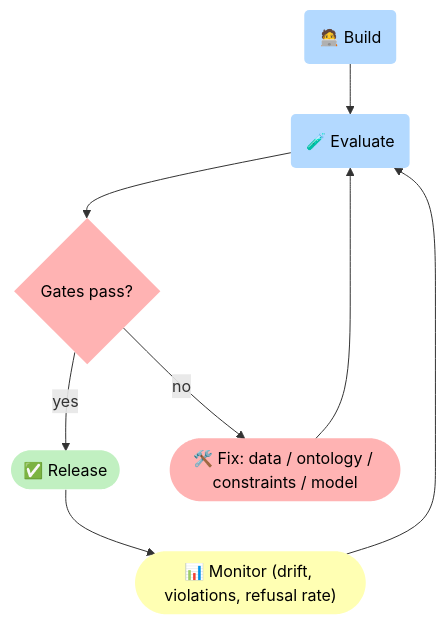
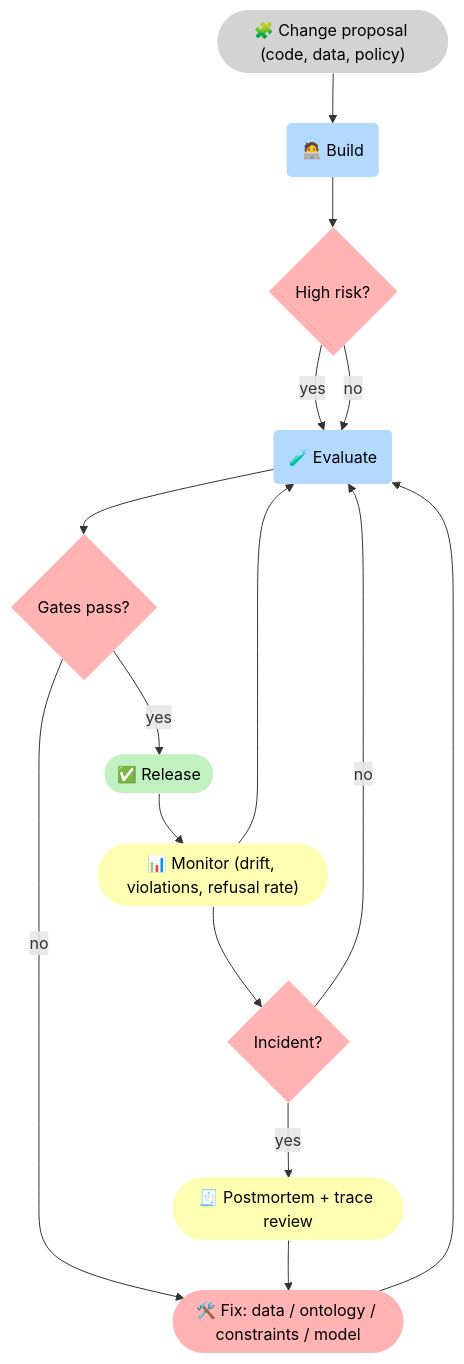
Before and after one commit to 5Reasons/5reasons.github.io: the second of 2 diagrams in docs/services/implementation.md, drawn with Mermaid. The commit also changed other lines of this file and 11 other files, not shown here.

````diff
--- a/docs/services/implementation.md
+++ b/docs/services/implementation.md
@@ -99,24 +120,37 @@
 ```mermaid
 flowchart TB
 %% Styles (brModel Standard)
 classDef i fill:#D3D3D3,stroke-width:0px,color:#000;
 classDef p fill:#B3D9FF,stroke-width:0px,color:#000;
 classDef r fill:#FFFFB3,stroke-width:0px,color:#000;
 classDef o fill:#C1F0C1,stroke-width:0px,color:#000;
 classDef s fill:#FFB3B3,stroke-width:0px,color:#000;
 
 P_Build("🧑‍💻 Build"):::p
+I_Change(["🧩 Change proposal (code, data, policy)"]):::i
+G_Risk{"High risk?"}:::s
 P_Eval("🧪 Evaluate"):::p
 G_Gate{"Gates pass?"}:::s
 O_Rel(["✅ Release"]):::o
 R_Mon(["📊 Monitor (drift, violations, refusal rate)"]):::r
 S_Fix(["🛠️ Fix: data / ontology / constraints / model"]):::s
 
-P_Build --> P_Eval --> G_Gate
+G_Inc{"Incident?"}:::s
+R_PM(["🧾 Postmortem + trace review"]):::r
+
+I_Change --> P_Build --> G_Risk
+G_Risk -->|"yes"| P_Eval
+G_Risk -->|"no"| P_Eval
+
+P_Eval --> G_Gate
 G_Gate -->|"yes"| O_Rel --> R_Mon --> P_Eval
 G_Gate -->|"no"| S_Fix --> P_Eval
+
+R_Mon --> G_Inc
+G_Inc -->|"yes"| R_PM --> S_Fix
+G_Inc -->|"no"| P_Eval
 
 %% Clickable nodes
 click P_Eval "/services/epistemic-audit/" "Evaluation mindset"
 click S_Fix "/methodology/constraints/" "Constraints"
 ```
````
